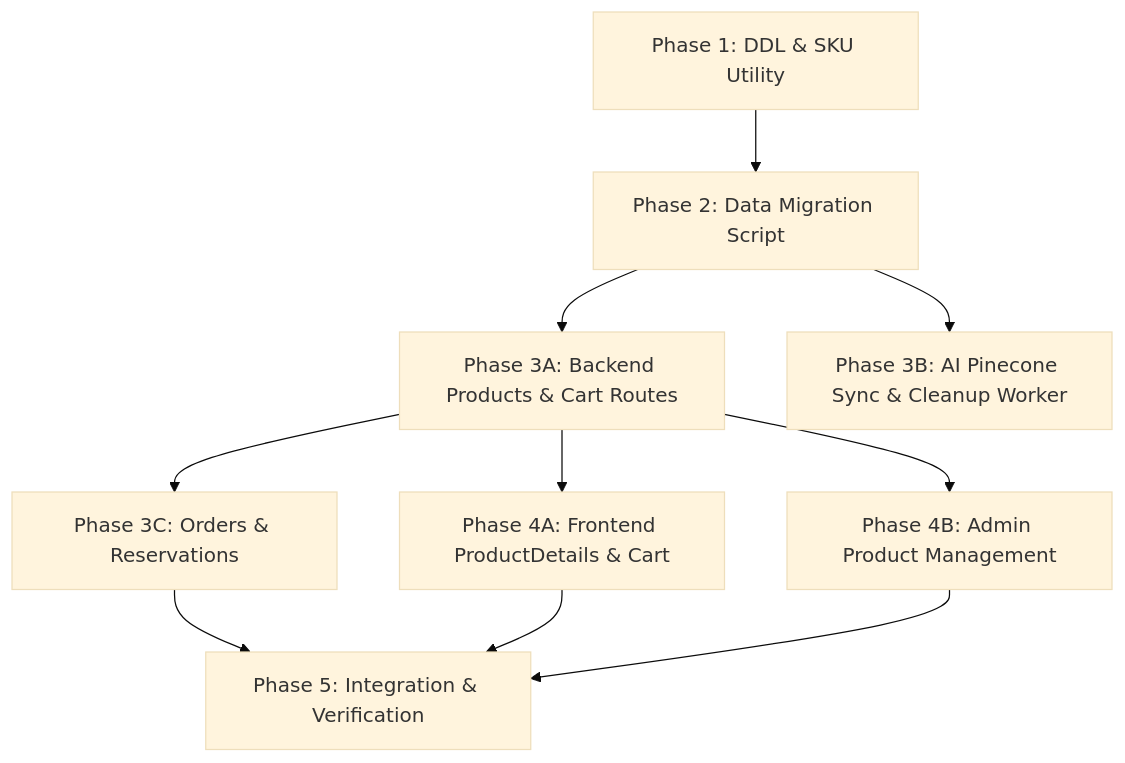
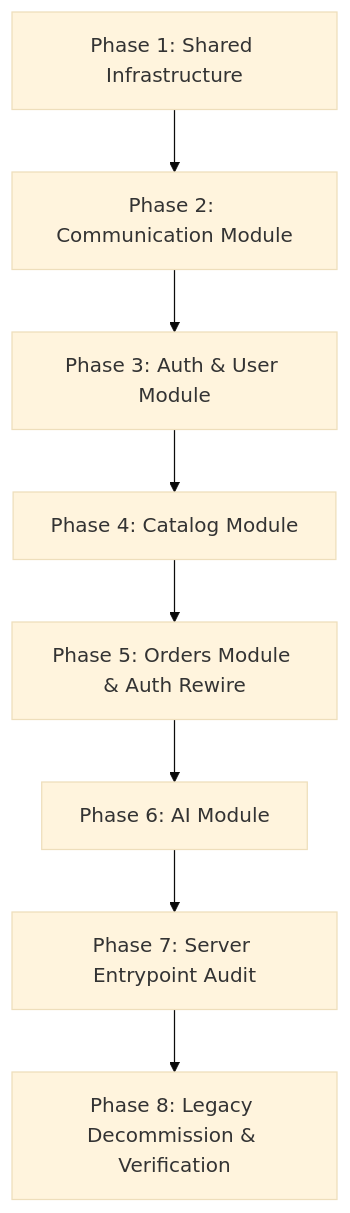
One commit to dhp-exe/e-commercial-project changed the diagram in dhp-store/.agents/production_artifacts/Implementation_Plan.md. Above: the diagram before and after it, drawn with Mermaid (base theme). The commit also changed other lines of this file and 94 other files, not shown here.

````diff
--- a/dhp-store/.agents/production_artifacts/Implementation_Plan.md
+++ b/dhp-store/.agents/production_artifacts/Implementation_Plan.md
@@ -87,12 +113,10 @@
 ```mermaid
 graph TD
-  P1[Phase 1: DDL & SKU Utility] --> P2[Phase 2: Data Migration Script]
-  P2 --> P3A[Phase 3A: Backend Products & Cart Routes]
-  P2 --> P3B[Phase 3B: AI Pinecone Sync & Cleanup Worker]
-  P3A --> P3C[Phase 3C: Orders & Reservations]
-  P3A --> P4A[Phase 4A: Frontend ProductDetails & Cart]
-  P3A --> P4B[Phase 4B: Admin Product Management]
-  P3C --> P5[Phase 5: Integration & Verification]
-  P4A --> P5
-  P4B --> P5
+  P1[Phase 1: Shared Infrastructure] --> P2[Phase 2: Communication Module]
+  P2 --> P3[Phase 3: Auth & User Module]
+  P3 --> P4[Phase 4: Catalog Module]
+  P4 --> P5[Phase 5: Orders Module & Auth Rewire]
+  P5 --> P6[Phase 6: AI Module]
+  P6 --> P7[Phase 7: Server Entrypoint Audit]
+  P7 --> P8[Phase 8: Legacy Decommission & Verification]
 ```
````
